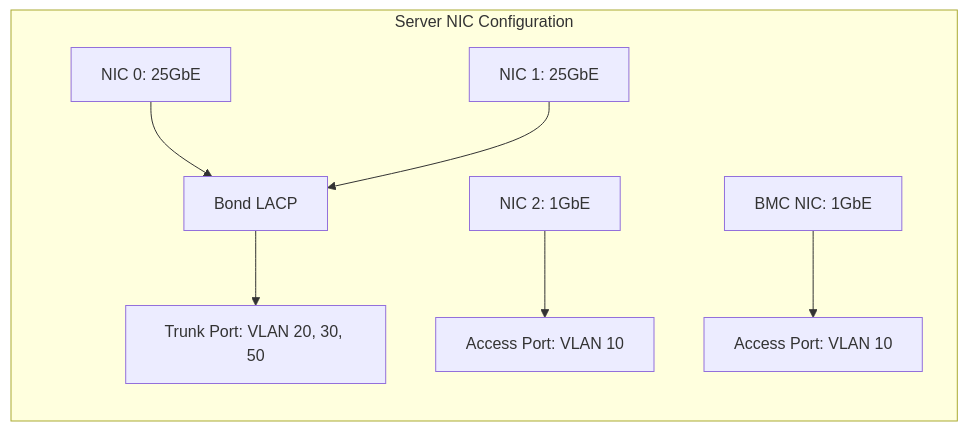
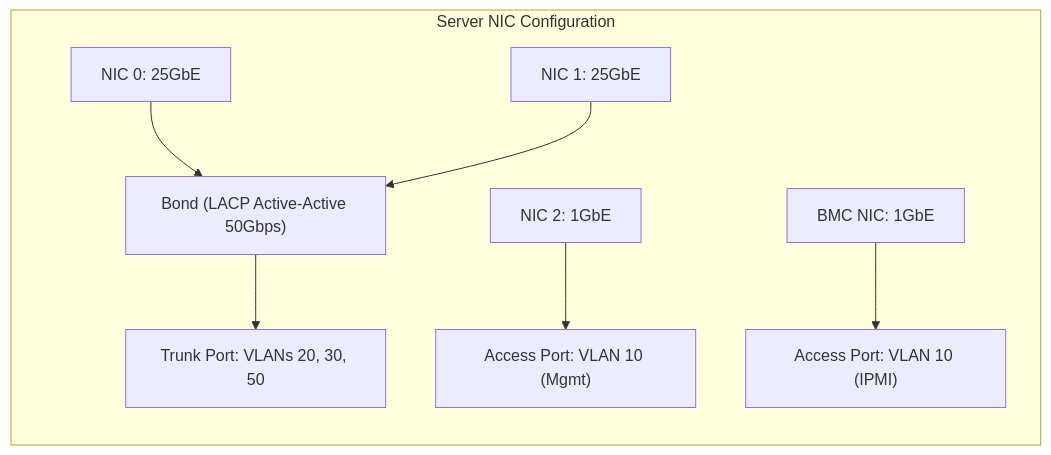
The fourth of 7 diagrams in src/content/docs/on-premises/networking/module-3.1-datacenter-networking.md (krisztiankoos/kubedojo), drawn with Mermaid before and after one commit. The commit also changed other lines of this file, not shown here.

````diff
--- a/src/content/docs/on-premises/networking/module-3.1-datacenter-networking.md
+++ b/src/content/docs/on-premises/networking/module-3.1-datacenter-networking.md
@@ -274,10 +153,10 @@
 ```mermaid
 flowchart LR
     subgraph Server NIC Configuration
-    N0[NIC 0: 25GbE] --> B[Bond LACP]
+    N0[NIC 0: 25GbE] --> B["Bond (LACP Active-Active 50Gbps)"]
     N1[NIC 1: 25GbE] --> B
-    B --> T[Trunk Port: VLAN 20, 30, 50]
-    N2[NIC 2: 1GbE] --> A1[Access Port: VLAN 10]
-    N3[BMC NIC: 1GbE] --> A2[Access Port: VLAN 10]
+    B --> T["Trunk Port: VLANs 20, 30, 50"]
+    N2[NIC 2: 1GbE] --> A1["Access Port: VLAN 10 (Mgmt)"]
+    N3[BMC NIC: 1GbE] --> A2["Access Port: VLAN 10 (IPMI)"]
     end
 ```
````
